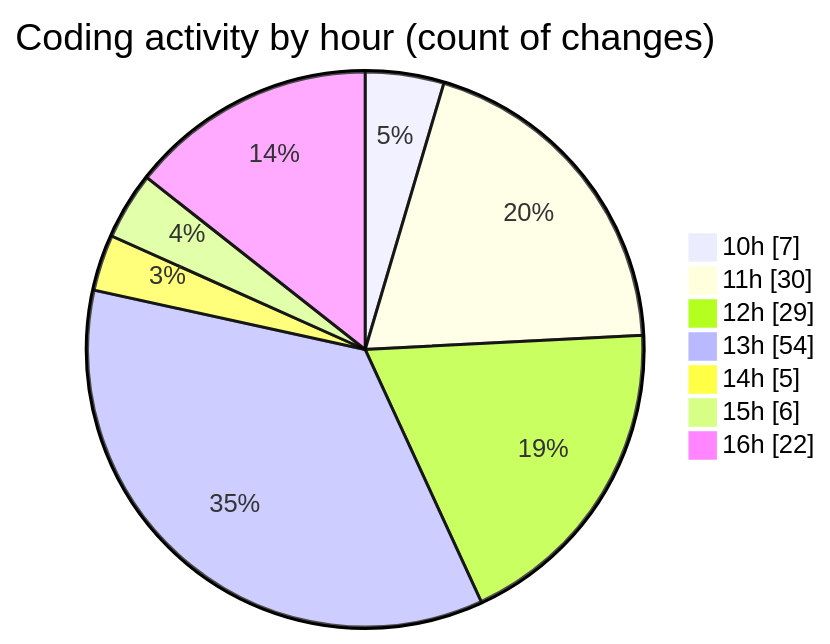
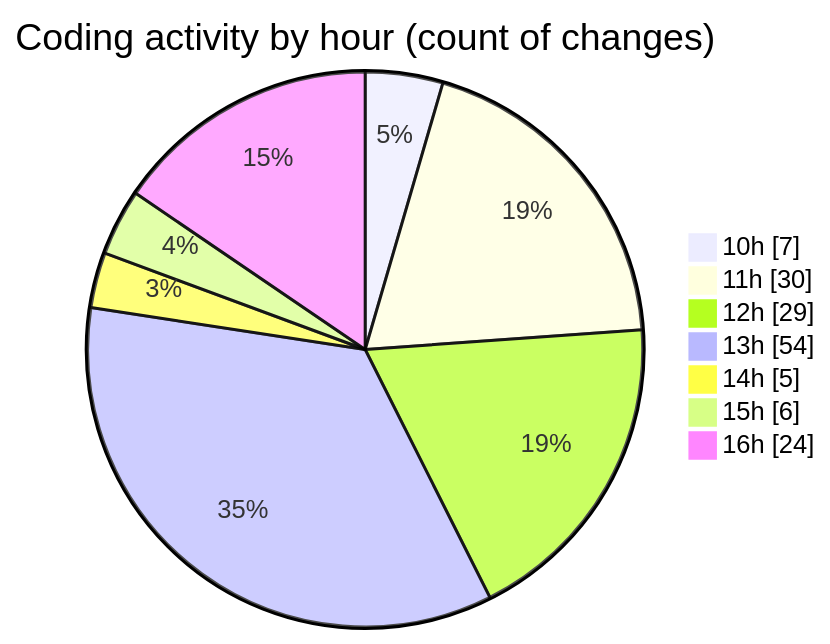
The second of 2 diagrams in 2025-06-26/cda/README.md (momahboobian/code-tracking), drawn with Mermaid before and after one commit. The commit also changed other lines of this file and 1 other file, not shown here.

````diff
--- a/2025-06-26/cda/README.md
+++ b/2025-06-26/cda/README.md
@@ -42,11 +42,11 @@
 ```mermaid
 pie showData
 title Coding activity by hour (count of changes)
 "10h" : 7
 "11h" : 30
 "12h" : 29
 "13h" : 54
 "14h" : 5
 "15h" : 6
-"16h" : 22
+"16h" : 24
 ```
````
